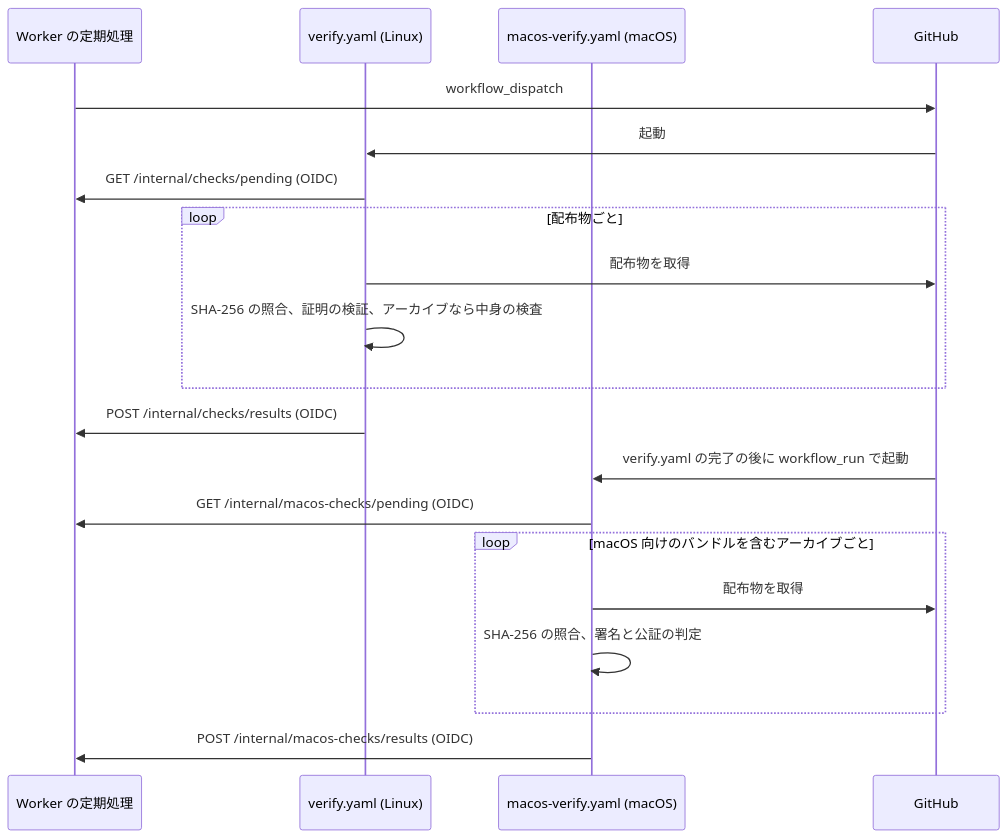
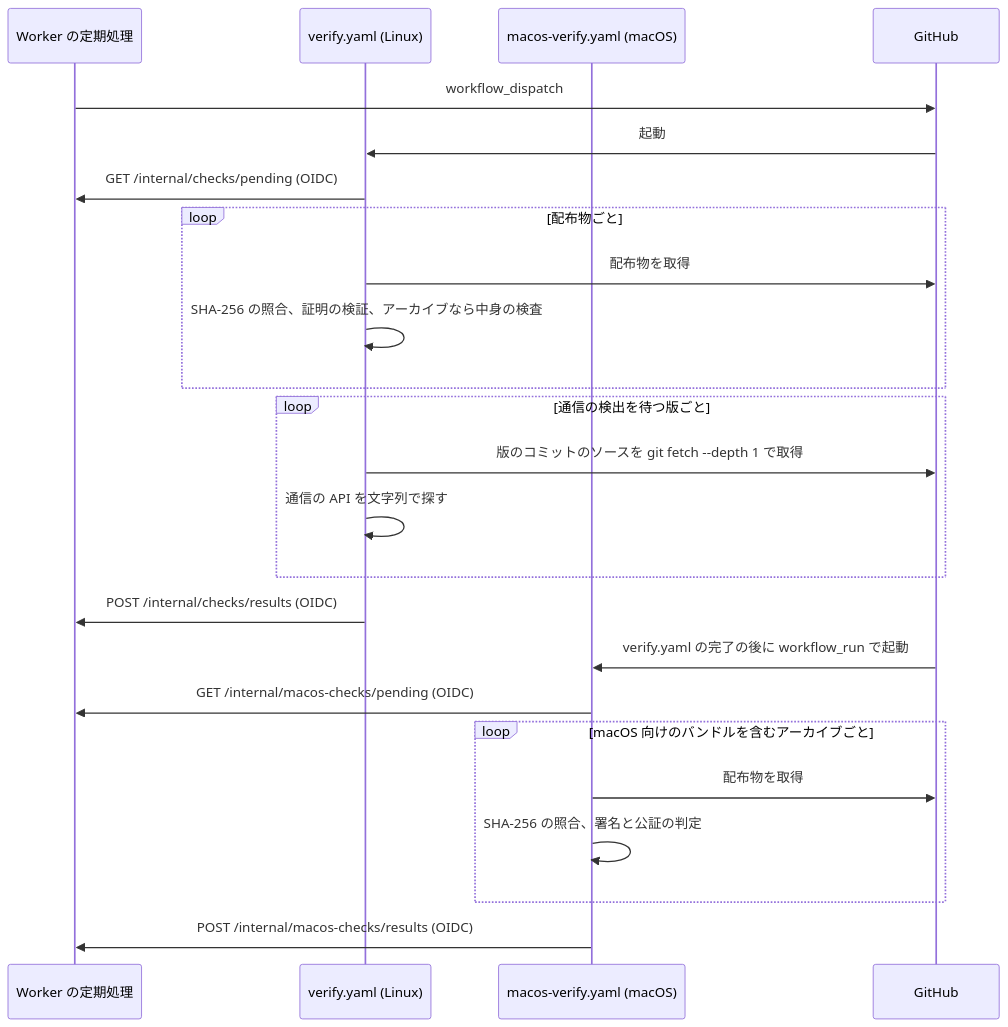
Before and after one commit to AllegroMoltoV/audio-plugin-soko-kun: the diagram in docs/design/scanning.md, drawn with Mermaid. The commit also changed other lines of this file and 18 other files, not shown here.

````diff
--- a/docs/design/scanning.md
+++ b/docs/design/scanning.md
@@ -314,23 +314,27 @@
 ```mermaid
 sequenceDiagram
     participant W as Worker の定期処理
     participant L as verify.yaml (Linux)
     participant M as macos-verify.yaml (macOS)
     participant G as GitHub
 
     W->>G: workflow_dispatch
     G->>L: 起動
     L->>W: GET /internal/checks/pending (OIDC)
     loop 配布物ごと
         L->>G: 配布物を取得
         L->>L: SHA-256 の照合、証明の検証、アーカイブなら中身の検査
     end
+    loop 通信の検出を待つ版ごと
+        L->>G: 版のコミットのソースを git fetch --depth 1 で取得
+        L->>L: 通信の API を文字列で探す
+    end
     L->>W: POST /internal/checks/results (OIDC)
     G->>M: verify.yaml の完了の後に workflow_run で起動
     M->>W: GET /internal/macos-checks/pending (OIDC)
     loop macOS 向けのバンドルを含むアーカイブごと
         M->>G: 配布物を取得
         M->>M: SHA-256 の照合、署名と公証の判定
     end
     M->>W: POST /internal/macos-checks/results (OIDC)
 ```
````
